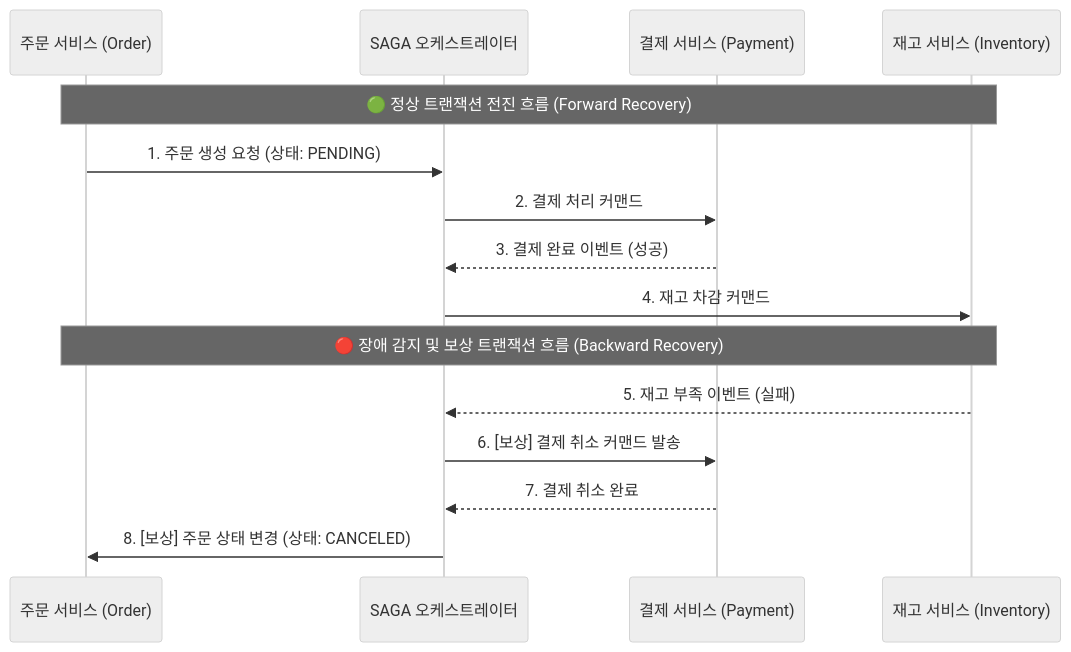
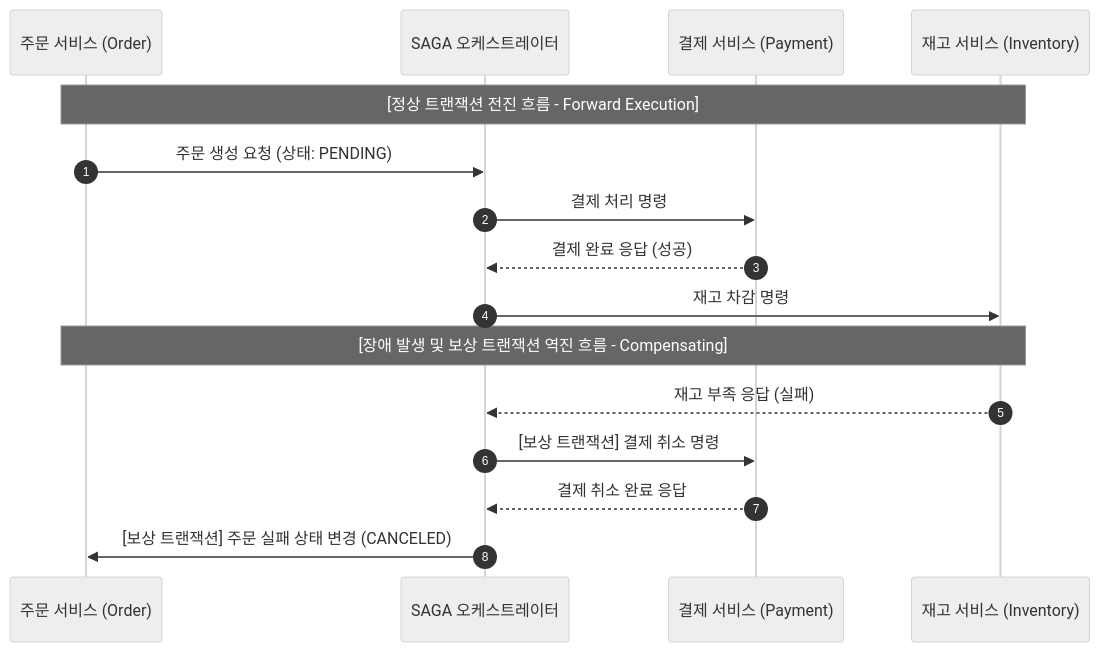
The diagram in content/01_IT Tech/SAGA패턴.md (supremethumb/supremethumb.github.io), drawn with Mermaid (neutral theme) before and after one commit. The commit also changed other lines of this file and 362 other files, not shown here.

````diff
--- a/content/01_IT Tech/SAGA패턴.md
+++ b/content/01_IT Tech/SAGA패턴.md
@@ -27,20 +32,20 @@
 ```mermaid
 sequenceDiagram
+    autonumber
     participant Order as 주문 서비스 (Order)
     participant SEC as SAGA 오케스트레이터
     participant Pay as 결제 서비스 (Payment)
     participant Inv as 재고 서비스 (Inventory)
 
-    Note over Order, Inv: 🟢 정상 트랜잭션 전진 흐름 (Forward Recovery)
-    Order->>SEC: 1. 주문 생성 요청 (상태: PENDING)
-    SEC->>Pay: 2. 결제 처리 커맨드
-    Pay-->>SEC: 3. 결제 완료 이벤트 (성공)
-    SEC->>Inv: 4. 재고 차감 커맨드
+    Note over Order, Inv: [정상 트랜잭션 전진 흐름 - Forward Execution]
+    Order->>SEC: 주문 생성 요청 (상태: PENDING)
+    SEC->>Pay: 결제 처리 명령
+    Pay-->>SEC: 결제 완료 응답 (성공)
+    SEC->>Inv: 재고 차감 명령
     
-    Note over Order, Inv: 🔴 장애 감지 및 보상 트랜잭션 흐름 (Backward Recovery)
-    Inv-->>SEC: 5. 재고 부족 이벤트 (실패)
-    SEC->>Pay: 6. [보상] 결제 취소 커맨드 발송
-    Pay-->>SEC: 7. 결제 취소 완료
-    SEC->>Order: 8. [보상] 주문 상태 변경 (상태: CANCELED)
-
+    Note over Order, Inv: [장애 발생 및 보상 트랜잭션 역진 흐름 - Compensating]
+    Inv-->>SEC: 재고 부족 응답 (실패)
+    SEC->>Pay: [보상 트랜잭션] 결제 취소 명령
+    Pay-->>SEC: 결제 취소 완료 응답
+    SEC->>Order: [보상 트랜잭션] 주문 실패 상태 변경 (CANCELED)
 ```
````
